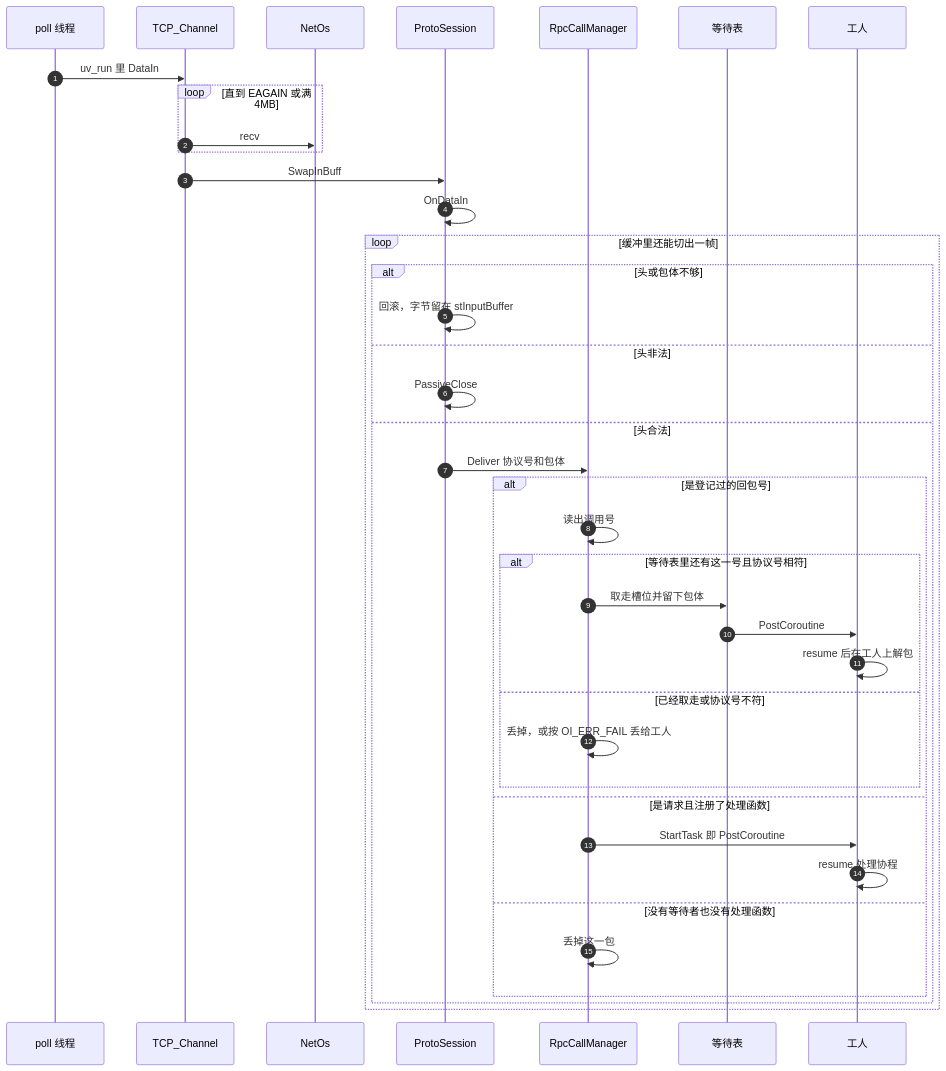
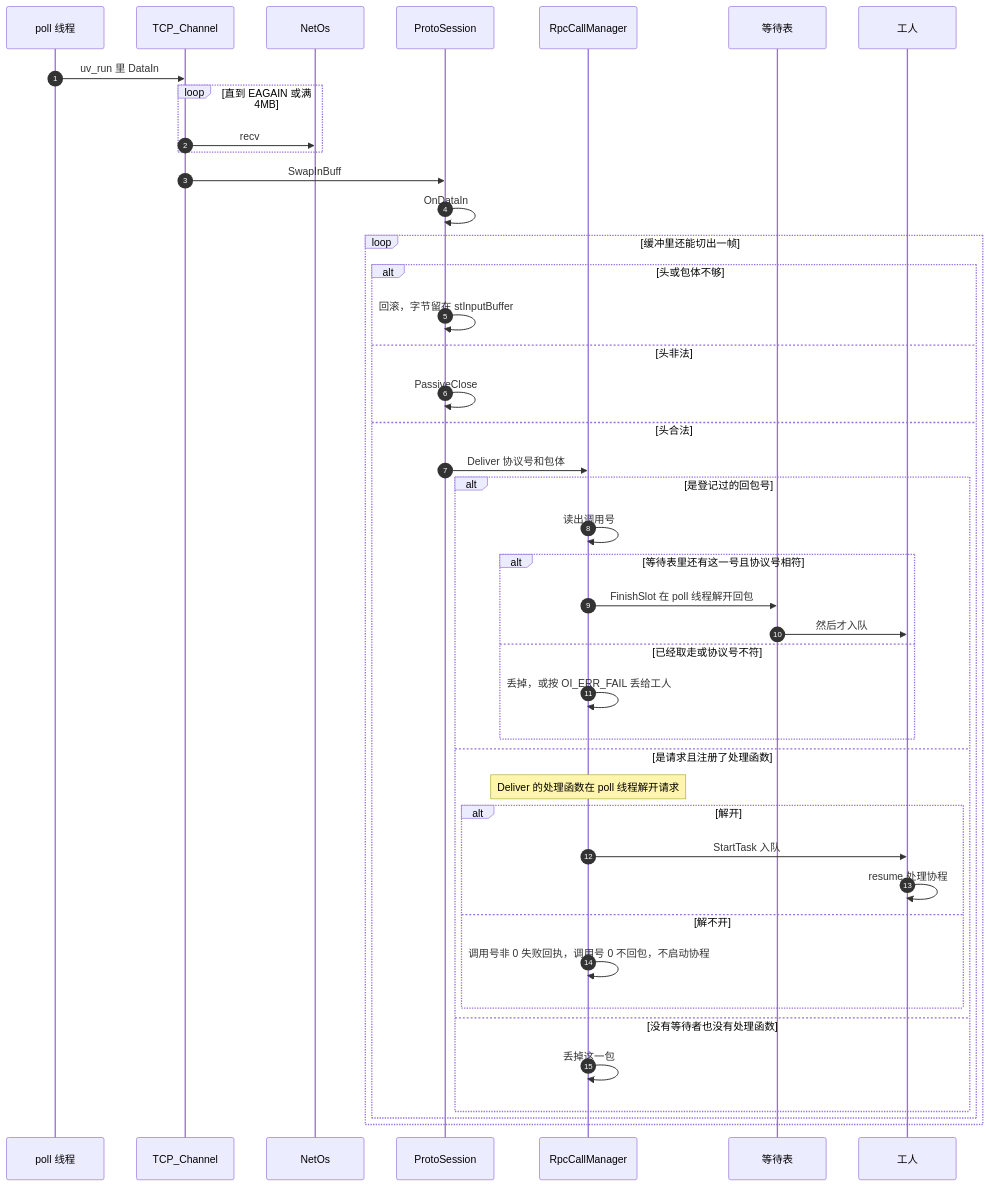
Before and after one commit to orikiaru/openidea: the diagram in docs/sequence-diagram/multi-thread/receive.md, drawn with Mermaid. The commit also changed other lines of this file and 25 other files, not shown here.

````diff
--- a/docs/sequence-diagram/multi-thread/receive.md
+++ b/docs/sequence-diagram/multi-thread/receive.md
@@ -7,42 +7,46 @@
 ```mermaid
 sequenceDiagram
     autonumber
     participant Poll as poll 线程
     participant Tcp as TCP_Channel
     participant Os as NetOs
     participant Sess as ProtoSession
     participant Rpc as RpcCallManager
     participant Wait as 等待表
     participant Worker as 工人
 
     Poll->>Tcp: uv_run 里 DataIn
     loop 直到 EAGAIN 或满 4MB
         Tcp->>Os: recv
     end
     Tcp->>Sess: SwapInBuff
     Sess->>Sess: OnDataIn
     loop 缓冲里还能切出一帧
         alt 头或包体不够
             Sess->>Sess: 回滚，字节留在 stInputBuffer
         else 头非法
             Sess->>Sess: PassiveClose
         else 头合法
             Sess->>Rpc: Deliver 协议号和包体
             alt 是登记过的回包号
                 Rpc->>Rpc: 读出调用号
                 alt 等待表里还有这一号且协议号相符
-                    Rpc->>Wait: 取走槽位并留下包体
-                    Wait->>Worker: PostCoroutine
-                    Worker->>Worker: resume 后在工人上解包
+                    Rpc->>Wait: FinishSlot 在 poll 线程解开回包
+                    Wait->>Worker: 然后才入队
                 else 已经取走或协议号不符
                     Rpc->>Rpc: 丢掉，或按 OI_ERR_FAIL 丢给工人
                 end
             else 是请求且注册了处理函数
-                Rpc->>Worker: StartTask 即 PostCoroutine
-                Worker->>Worker: resume 处理协程
+                Note over Rpc: Deliver 的处理函数在 poll 线程解开请求
+                alt 解开
+                    Rpc->>Worker: StartTask 入队
+                    Worker->>Worker: resume 处理协程
+                else 解不开
+                    Rpc->>Rpc: 调用号非 0 失败回执，调用号 0 不回包，不启动协程
+                end
             else 没有等待者也没有处理函数
                 Rpc->>Rpc: 丢掉这一包
             end
         end
     end
 ```
````
